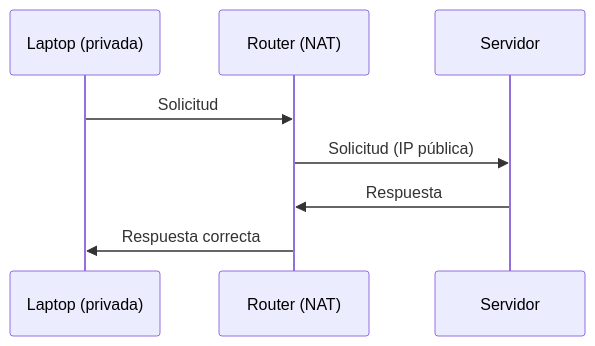
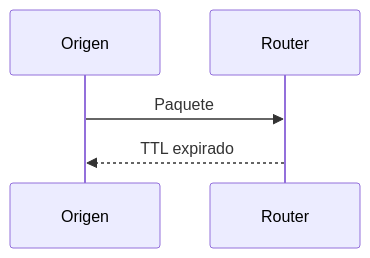
The seventh of 13 diagrams in src/content/lessons/fundamentos-it/redes-desde-cero/intro-ip/04-intro-ip.md (Oscar-Poski/heka-it), drawn with Mermaid before and after one commit. The commit also changed other lines of this file and 63 other files, not shown here.

````diff
--- a/src/content/lessons/fundamentos-it/redes-desde-cero/intro-ip/04-intro-ip.md
+++ b/src/content/lessons/fundamentos-it/redes-desde-cero/intro-ip/04-intro-ip.md
@@ -123,11 +149,8 @@
 ```mermaid
 sequenceDiagram
-  participant L as Laptop (privada)
-  participant R as Router (NAT)
-  participant S as Servidor
+    participant O as Origen
+    participant R as Router
 
-  L->>R: Solicitud
-  R->>S: Solicitud (IP pública)
-  S->>R: Respuesta
-  R->>L: Respuesta correcta
+    O->>R: Paquete
+    R-->>O: TTL expirado
 ```
````
